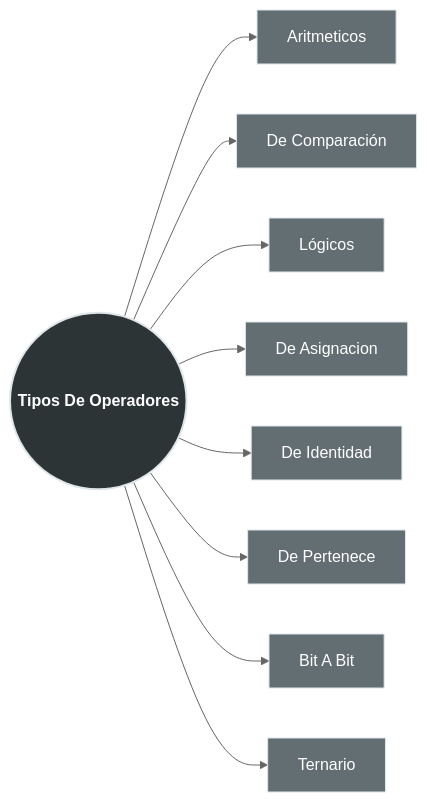
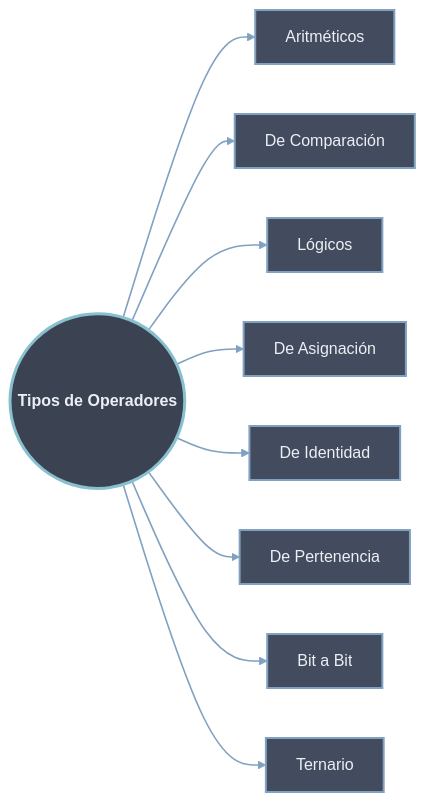
The first of 2 diagrams in 100 Programación Orientada a Procesos/00 Referencias/Operadores de Variables.md (Pineapple-Mikael-Engineer/Python_Obsidian), drawn with Mermaid (neutral theme) before and after one commit. The commit also changed 9 other files, not shown here.

Commit message:
fix: Arreglar Graficos Mermaid a Estandar

````diff
--- a/100 Programación Orientada a Procesos/00 Referencias/Operadores de Variables.md
+++ b/100 Programación Orientada a Procesos/00 Referencias/Operadores de Variables.md
@@ -10,18 +10,19 @@
 ```mermaid
 flowchart LR
-    classDef principal fill:#2d3436,stroke:#dfe6e9,stroke-width:2px,color:#fff,font-weight:bold;
-    classDef categoria fill:#636e72,stroke:#dfe6e9,stroke-width:1px,color:#fff;
-    classDef tipo fill:#f9f9f9,stroke:#636e72,stroke-width:1px,color:#2d3436;
-    classDef especial fill:#fab1a0,stroke:#e17055,stroke-width:1px,color:#2d3436;
+    classDef raiz fill:#3b4252,stroke:#88c0d0,stroke-width:3px,color:#eceff4,font-weight:bold;
+    classDef categoria fill:#434c5e,stroke:#81a1c1,stroke-width:2px,color:#eceff4;
 
-    Title((Tipos De Operadores)):::principal
+    Title((Tipos de Operadores)):::raiz
 
-    Title --> Aritmeticos[Aritmeticos]:::categoria
-    Title --> Comparación[De Comparación]:::categoria
-    Title --> Lógicos[Lógicos]:::categoria
-	Title --> Asignación[De Asignacion]:::categoria
-	Title --> Identidad[De Identidad]:::categoria
-	Title --> Pertenece[De Pertenece]:::categoria
-	Title --> BitABit[Bit A Bit]:::categoria
-	Title --> Ternario[Ternario]:::categoria
+    Title --> Aritmeticos[Aritméticos]:::categoria
+    Title --> Comparacion[De Comparación]:::categoria
+    Title --> Logicos[Lógicos]:::categoria
+    Title --> Asignacion[De Asignación]:::categoria
+    Title --> Identidad[De Identidad]:::categoria
+    Title --> Pertenece[De Pertenencia]:::categoria
+    Title --> BitABit[Bit a Bit]:::categoria
+    Title --> Ternario[Ternario]:::categoria
+
+    linkStyle default stroke:#81a1c1,stroke-width:1.6px
+
 ```
````
